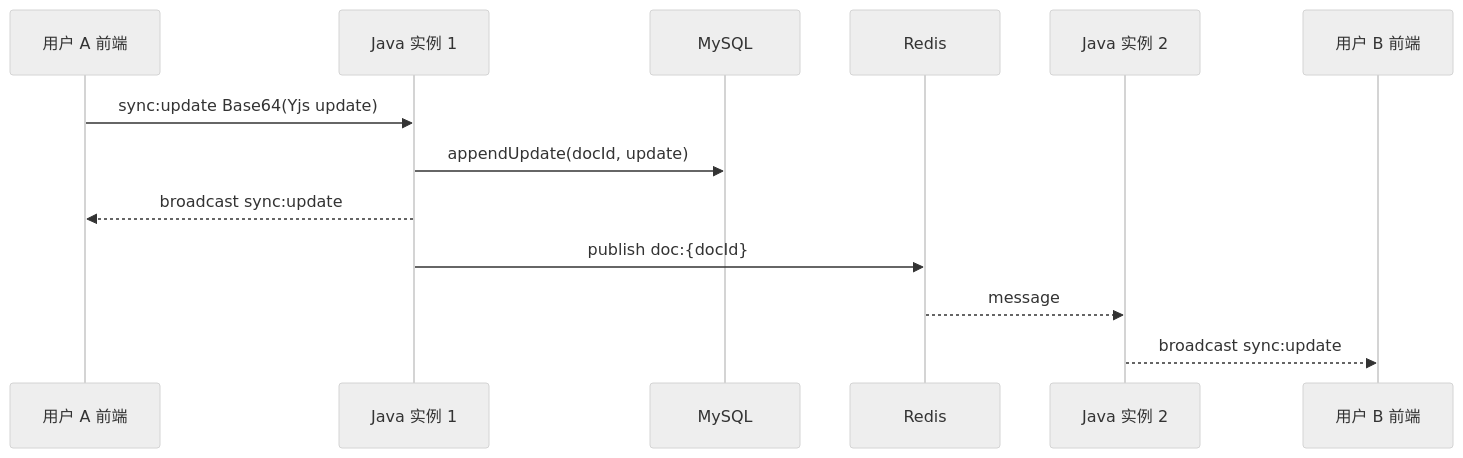
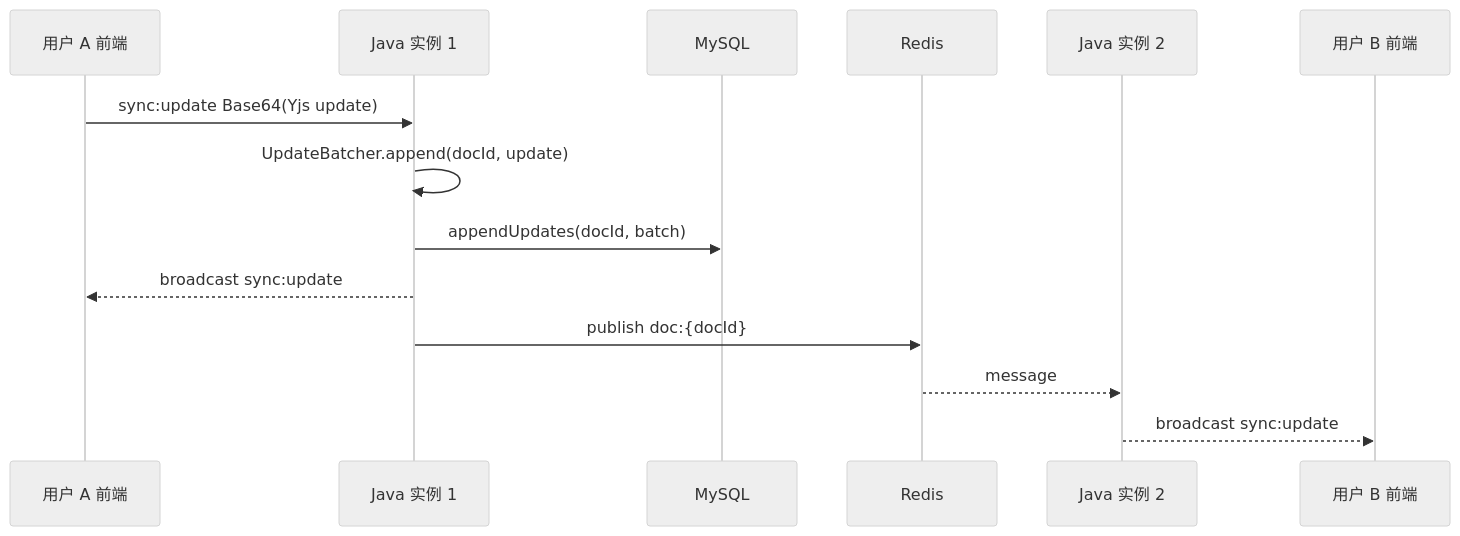
Before and after one commit to KleMoretti/document-system: the fourth of 4 diagrams in docs/frontend-java-backend-guide.md, drawn with Mermaid (neutral theme). The commit also changed other lines of this file and 40 other files, not shown here.

````diff
--- a/docs/frontend-java-backend-guide.md
+++ b/docs/frontend-java-backend-guide.md
@@ -806,16 +857,17 @@
 ```mermaid
 sequenceDiagram
   participant A as 用户 A 前端
   participant Java1 as Java 实例 1
   participant DB as MySQL
   participant Redis as Redis
   participant Java2 as Java 实例 2
   participant B as 用户 B 前端
 
   A->>Java1: sync:update Base64(Yjs update)
-  Java1->>DB: appendUpdate(docId, update)
+  Java1->>Java1: UpdateBatcher.append(docId, update)
+  Java1->>DB: appendUpdates(docId, batch)
   Java1-->>A: broadcast sync:update
   Java1->>Redis: publish doc:{docId}
   Redis-->>Java2: message
   Java2-->>B: broadcast sync:update
 ```
````
